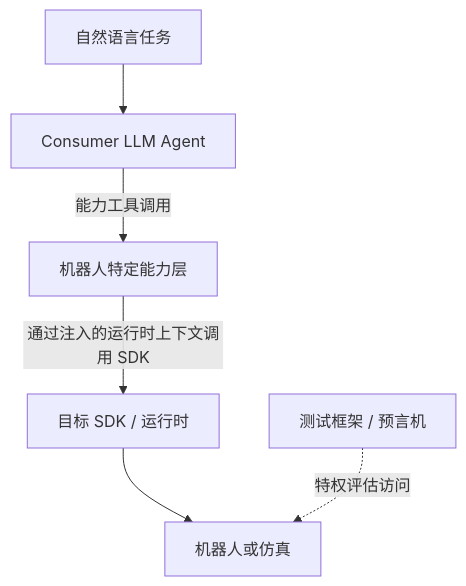
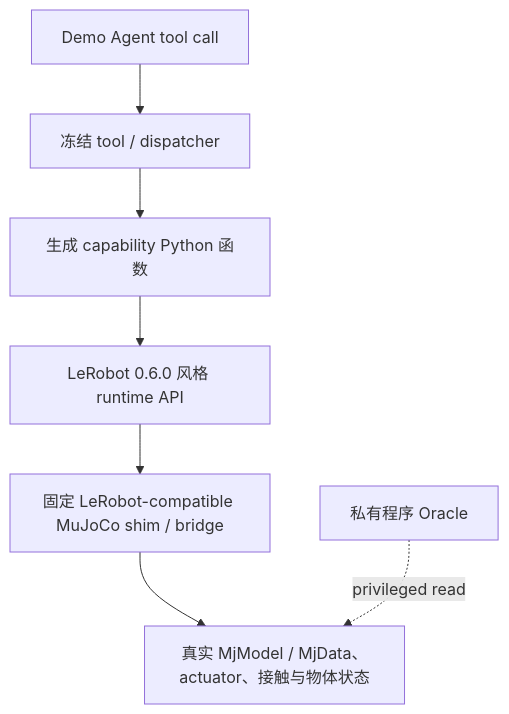
The second of 2 diagrams in ROBOT_CAPABILITY_PRIMITIVES_RESEARCH_MAP_ZH.md (Yifannnnnnnnw/robot-capability-adapter), drawn with Mermaid before and after one commit. The commit also changed other lines of this file and 22 other files, not shown here.

````diff
--- a/ROBOT_CAPABILITY_PRIMITIVES_RESEARCH_MAP_ZH.md
+++ b/ROBOT_CAPABILITY_PRIMITIVES_RESEARCH_MAP_ZH.md
@@ -157,8 +472,9 @@
 ```mermaid
 flowchart TB
-    T["自然语言任务"] --> A["Consumer LLM Agent"]
-    A -->|"能力工具调用"| L["机器人特定能力层"]
-    L -->|"通过注入的运行时上下文调用 SDK"| S["目标 SDK / 运行时"]
-    S --> R["机器人或仿真"]
-    O["测试框架 / 预言机"] -. "特权评估访问" .-> R
+    A["Demo Agent tool call"] --> T["冻结 tool / dispatcher"]
+    T --> C["生成 capability Python 函数"]
+    C --> S["LeRobot 0.6.0 风格 runtime API"]
+    S --> B["固定 LeRobot-compatible MuJoCo shim / bridge"]
+    B --> M["真实 MjModel / MjData、actuator、接触与物体状态"]
+    O["私有程序 Oracle"] -. "privileged read" .-> M
 ```
````
